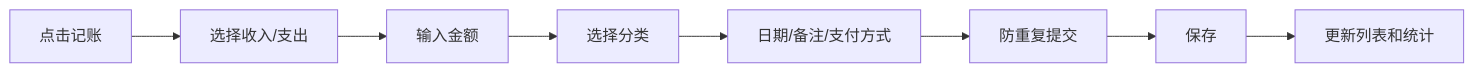
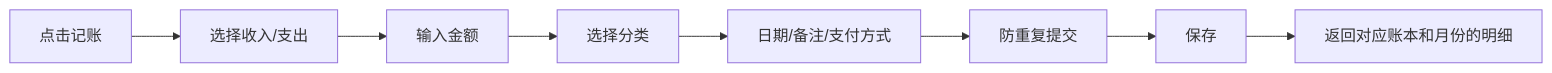
Before and after one commit to duanap/siyu: the third of 9 diagrams in docs/design/SCREEN_FLOW.md, drawn with Mermaid. The commit also changed other lines of this file and 60 other files, not shown here.

````diff
--- a/docs/design/SCREEN_FLOW.md
+++ b/docs/design/SCREEN_FLOW.md
@@ -33,10 +33,10 @@
 ```mermaid
 flowchart LR
     A[点击记账] --> B[选择收入/支出]
     B --> C[输入金额]
     C --> D[选择分类]
     D --> E[日期/备注/支付方式]
     E --> F[防重复提交]
     F --> G[保存]
-    G --> H[更新列表和统计]
+    G --> H[返回对应账本和月份的明细]
 ```
````
